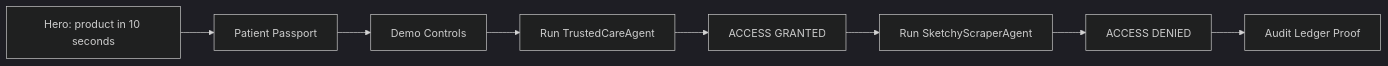
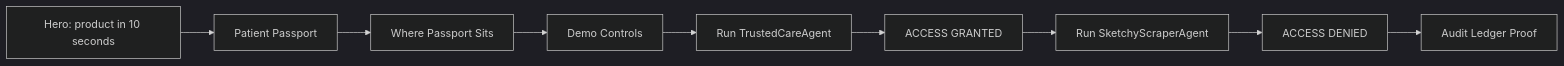
One commit to roshaninfordham/healthagentpassport changed the diagram in docs/demo-guide.md. Above: the diagram before and after it, drawn with Mermaid (dark theme). The commit also changed other lines of this file and 7 other files, not shown here.

````diff
--- a/docs/demo-guide.md
+++ b/docs/demo-guide.md
@@ -17,10 +17,11 @@
 ```mermaid
 flowchart LR
   Hero[Hero: product in 10 seconds] --> Patient[Patient Passport]
-  Patient --> Controls[Demo Controls]
+  Patient --> Ecosystem[Where Passport Sits]
+  Ecosystem --> Controls[Demo Controls]
   Controls --> Trusted[Run TrustedCareAgent]
   Trusted --> Granted[ACCESS GRANTED]
   Granted --> Sketchy[Run SketchyScraperAgent]
   Sketchy --> Denied[ACCESS DENIED]
   Denied --> Audit[Audit Ledger Proof]
 ```
````
